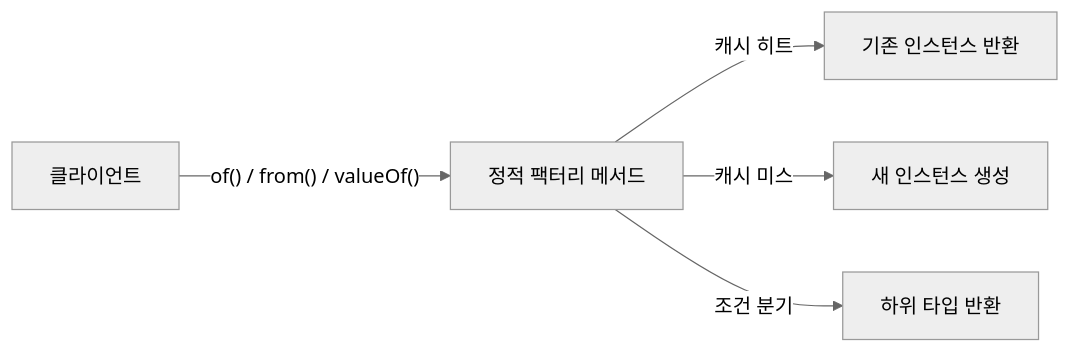
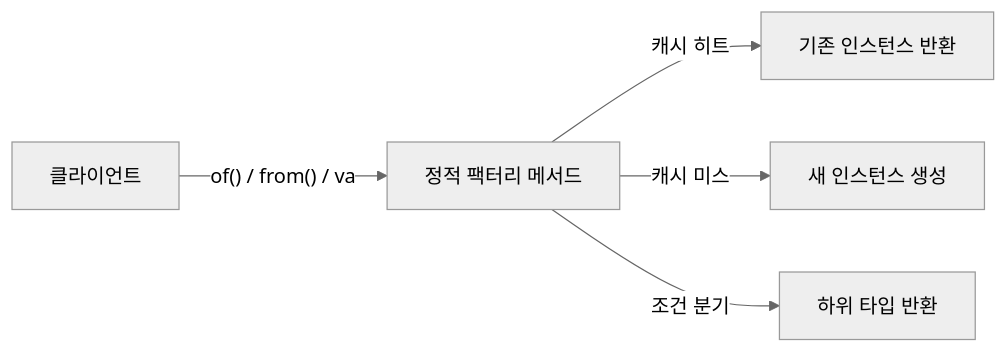
One commit to yjkim2015/yjkim2015.github.io changed the first of 5 diagrams in _posts/effective_java/2026-05-03-effective-java-object-creation.md. Above: the diagram before and after it, drawn with Mermaid (neutral theme). The commit also changed other lines of this file and 271 other files, not shown here.

First line of the commit message:
Mermaid 라벨 축소: 긴 노드 텍스트 18자 이하로 트림 + \n 제거

````diff
--- a/_posts/effective_java/2026-05-03-effective-java-object-creation.md
+++ b/_posts/effective_java/2026-05-03-effective-java-object-creation.md
@@ -36,7 +36,7 @@
 ```mermaid
 flowchart LR
-    A["클라이언트"] -->|"of() / from() / valueOf()"| B["정적 팩터리 메서드"]
+    A["클라이언트"] -->|"of() / from() / va"| B["정적 팩터리 메서드"]
     B -->|"캐시 히트"| C["기존 인스턴스 반환"]
     B -->|"캐시 미스"| D["새 인스턴스 생성"]
     B -->|"조건 분기"| E["하위 타입 반환"]
 ```
````
